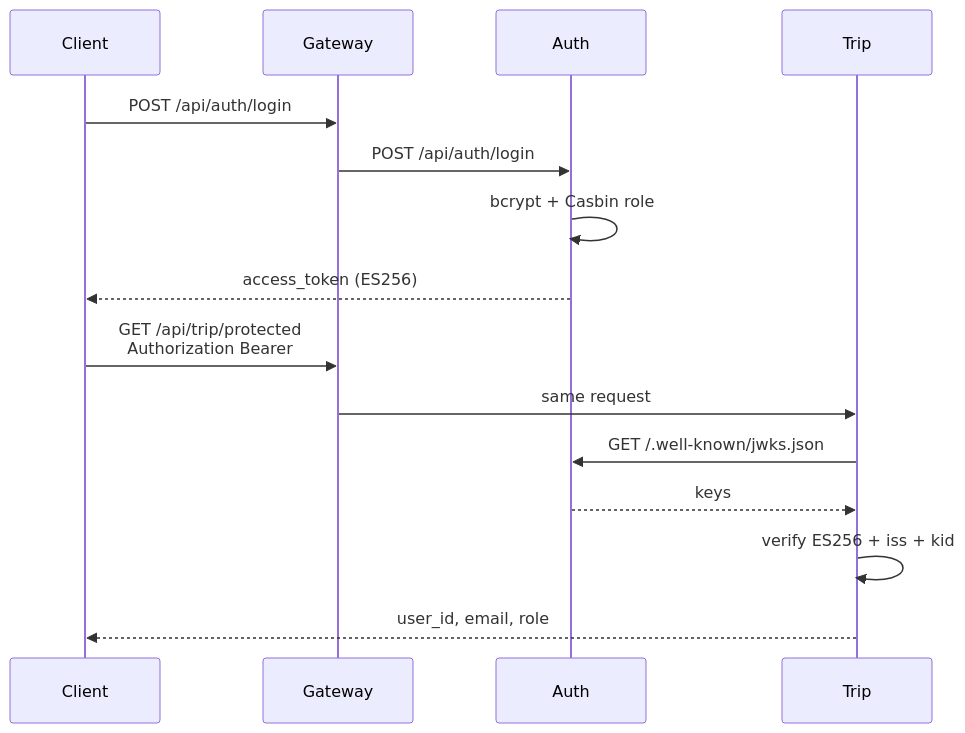
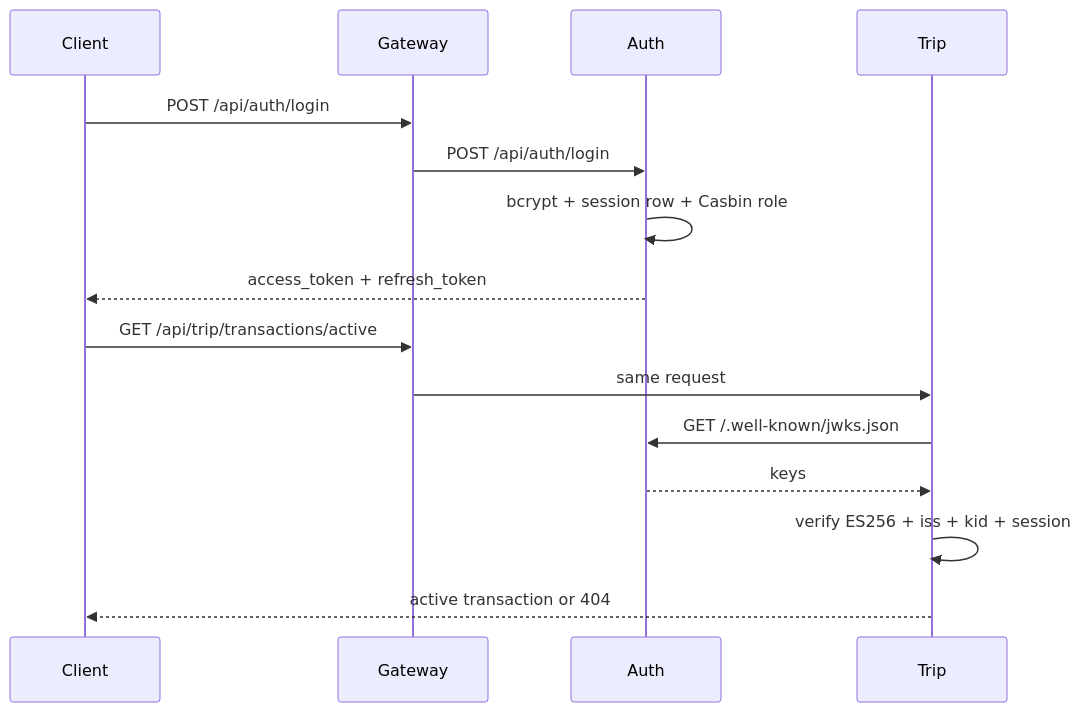
Before and after one commit to AdiCahyaSaputra/go-ojol: the fifth of 6 diagrams in ARCHITECTURE.md, drawn with Mermaid. The commit also changed other lines of this file and 1 other file, not shown here.

````diff
--- a/ARCHITECTURE.md
+++ b/ARCHITECTURE.md
@@ -187,19 +263,19 @@
 ```mermaid
 sequenceDiagram
   participant C as Client
   participant G as Gateway
   participant A as Auth
   participant T as Trip
 
   C->>G: POST /api/auth/login
   G->>A: POST /api/auth/login
-  A->>A: bcrypt + Casbin role
-  A-->>C: access_token (ES256)
+  A->>A: bcrypt + session row + Casbin role
+  A-->>C: access_token + refresh_token
 
-  C->>G: GET /api/trip/protected<br/>Authorization Bearer
+  C->>G: GET /api/trip/transactions/active
   G->>T: same request
   T->>A: GET /.well-known/jwks.json
   A-->>T: keys
-  T->>T: verify ES256 + iss + kid
-  T-->>C: user_id, email, role
+  T->>T: verify ES256 + iss + kid + session
+  T-->>C: active transaction or 404
 ```
````
